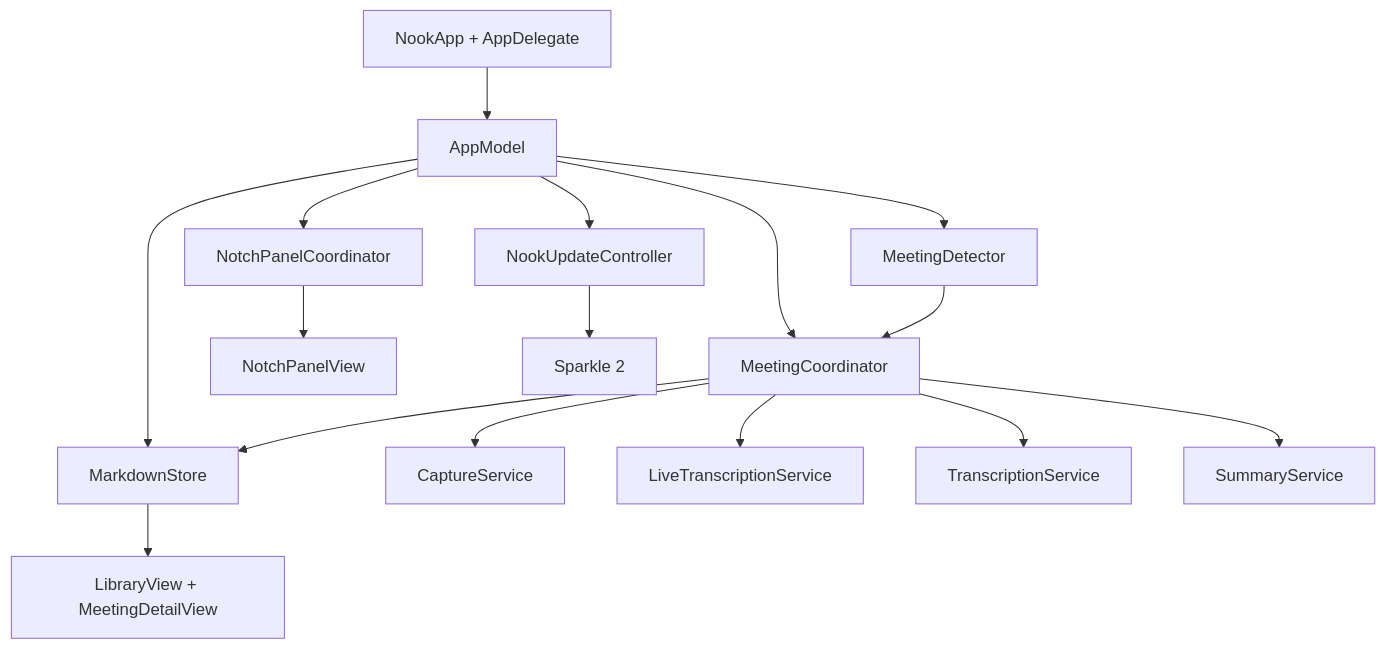
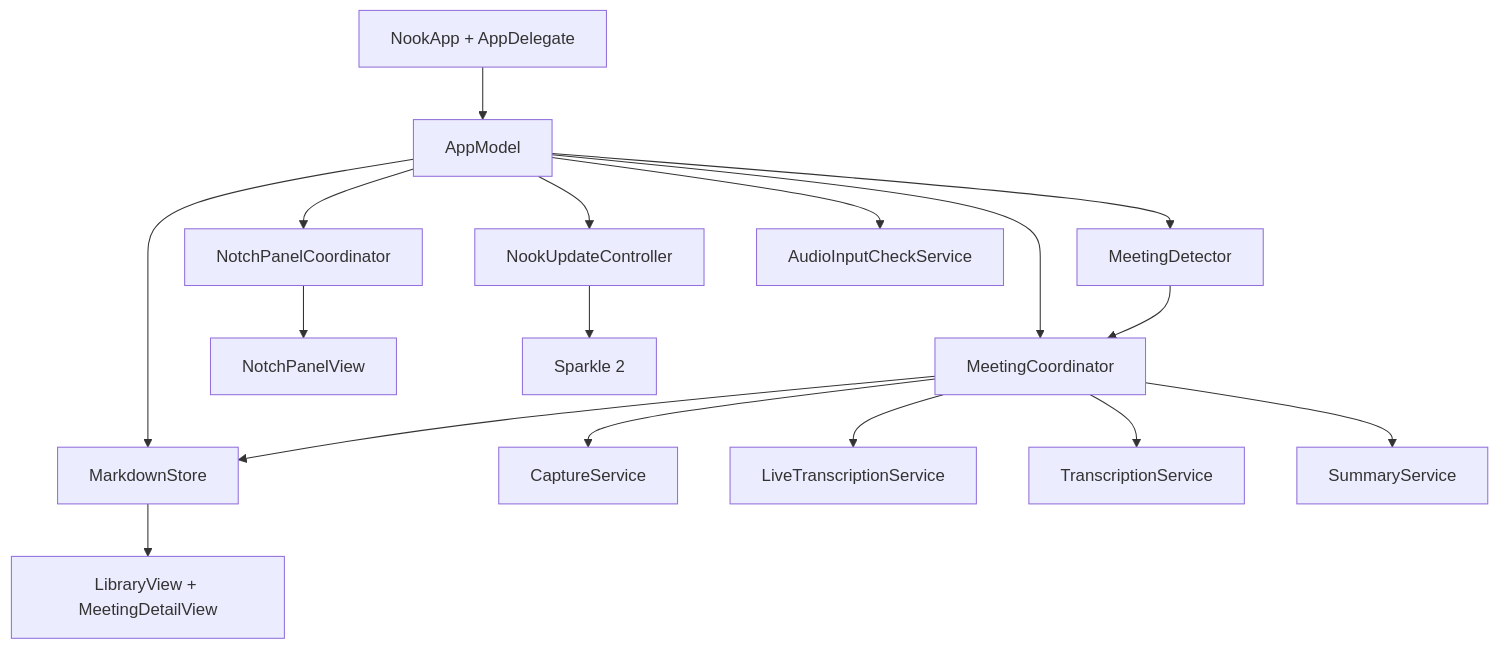
The diagram in docs/TECHNICAL.md (wrnsnng/nook), drawn with Mermaid before and after one commit. The commit also changed other lines of this file and 39 other files, not shown here.

````diff
--- a/docs/TECHNICAL.md
+++ b/docs/TECHNICAL.md
@@ -18,20 +18,21 @@
 ```mermaid
 flowchart TD
     App["NookApp + AppDelegate"] --> Model["AppModel"]
     Model --> Meeting["MeetingCoordinator"]
     Model --> Store["MarkdownStore"]
     Model --> Detector["MeetingDetector"]
     Model --> Panel["NotchPanelCoordinator"]
     Model --> Updates["NookUpdateController"]
+    Model --> InputCheck["AudioInputCheckService"]
 
     Detector --> Meeting
     Meeting --> Capture["CaptureService"]
     Meeting --> LiveSpeech["LiveTranscriptionService"]
     Meeting --> Refine["TranscriptionService"]
     Meeting --> Summary["SummaryService"]
     Meeting --> Store
 
     Panel --> PanelView["NotchPanelView"]
     Store --> Library["LibraryView + MeetingDetailView"]
     Updates --> Sparkle["Sparkle 2"]
 ```
````
